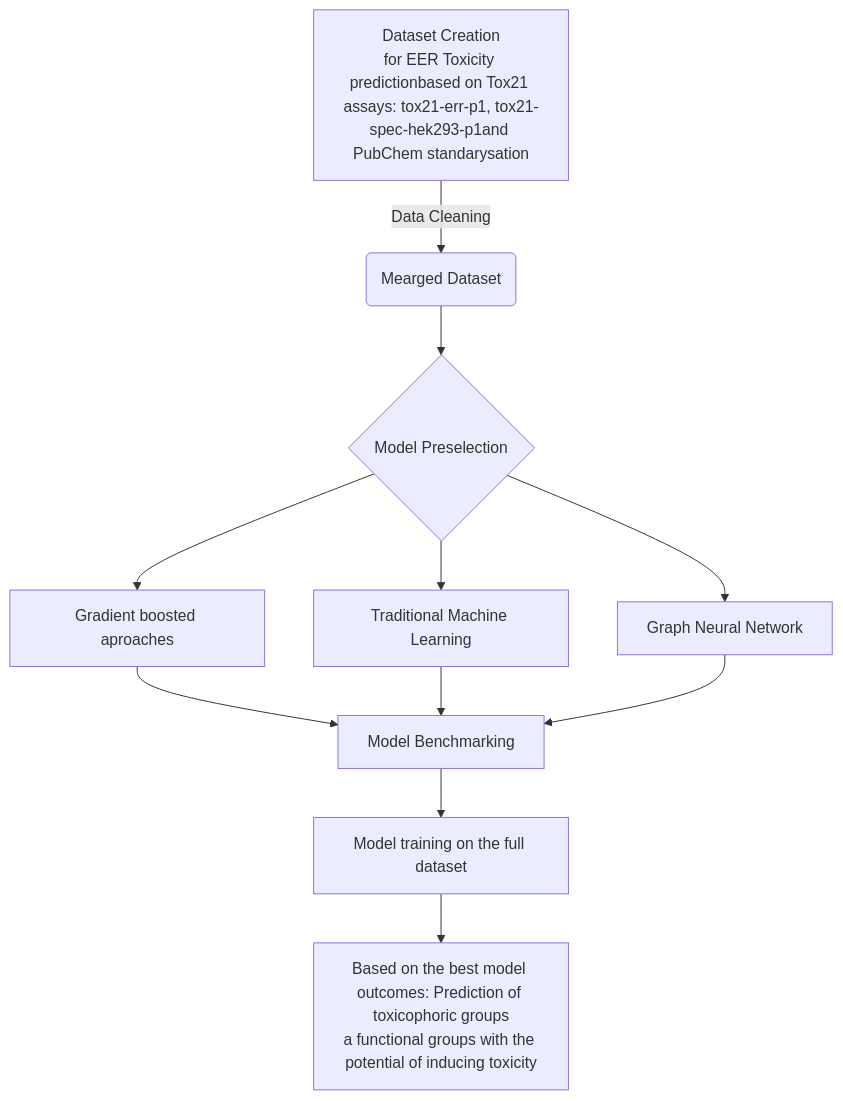
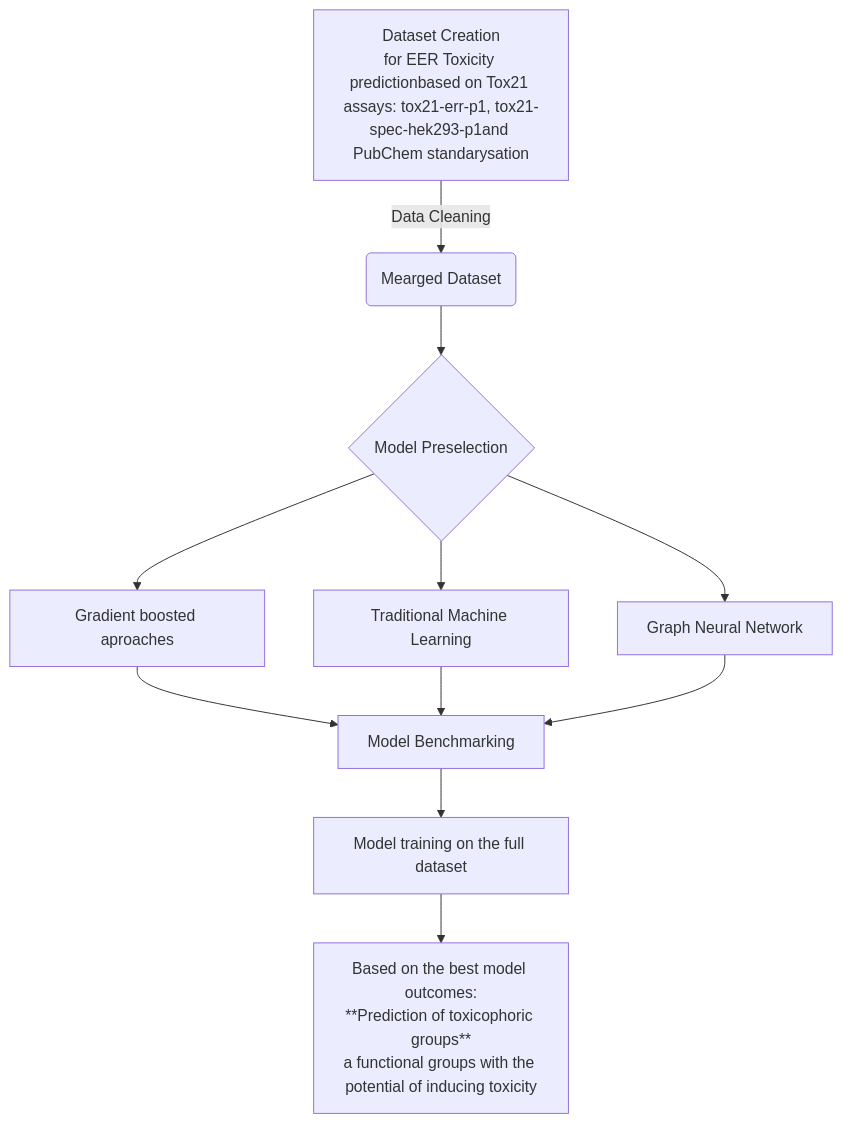
The diagram in README.md (SFGLab/Team9_Toxicological_Profiles), drawn with Mermaid before and after one commit.

````diff
--- a/README.md
+++ b/README.md
@@ -65,13 +65,13 @@
 ```mermaid
 flowchart TD;
     A[Dataset Creation<br>for EER Toxicity prediction<be>based on Tox21 assays: tox21-err-p1, tox21-spec-hek293-p1<be>and PubChem standarysation] -->|Data Cleaning| B(Mearged Dataset);
     B --> C{Model Preselection };
     C --> D[Traditional Machine Learning];
     C --> E[Graph Neural Network];
     C --> F[Gradient boosted aproaches];
     F --> G[Model Benchmarking];
     D --> G;
     E --> G;
     G --> H[Model training on the full dataset];
-    H --> I[Based on the best model outcomes: Prediction of toxicophoric groups<br>a functional groups with the potential of inducing toxicity];
+    H --> I[Based on the best model outcomes:<br>**Prediction of toxicophoric groups**<br>a functional groups with the potential of inducing toxicity];
 ```
````
